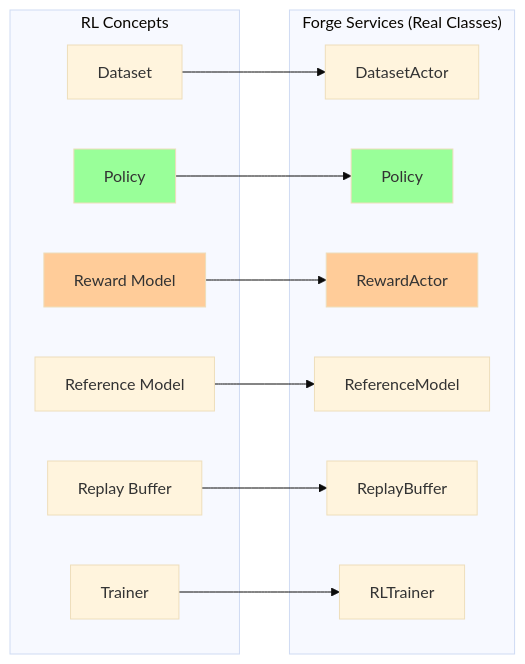
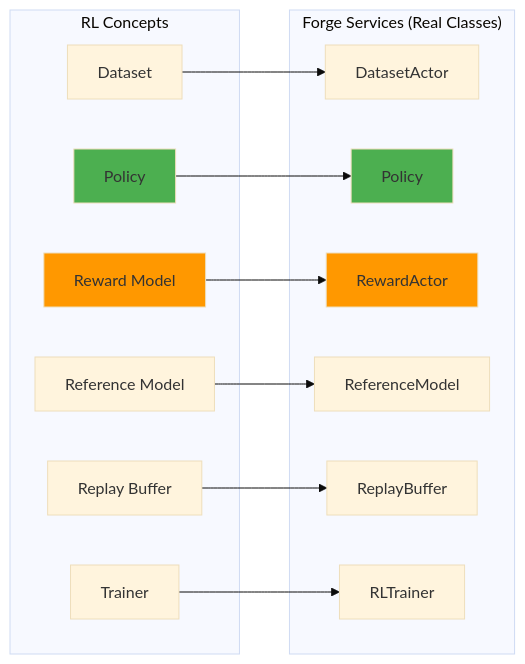
Before and after one commit to meta-pytorch/torchforge: the second of 4 diagrams in docs/Tutorials/1_RL_and_Forge_Fundamentals.MD, drawn with Mermaid (base theme). The commit also changed other lines of this file and 2 other files, not shown here.

````diff
--- a/docs/Tutorials/1_RL_and_Forge_Fundamentals.MD
+++ b/docs/Tutorials/1_RL_and_Forge_Fundamentals.MD
@@ -76,32 +76,32 @@
 ```mermaid
 graph LR
     subgraph Concepts["RL Concepts"]
         C1["Dataset"]
         C2["Policy"]
         C3["Reward Model"]
         C4["Reference Model"]
         C5["Replay Buffer"]
         C6["Trainer"]
     end
     
     subgraph Services["Forge Services (Real Classes)"]
         S1["DatasetActor"]
         S2["Policy"]
         S3["RewardActor"]
         S4["ReferenceModel"]
         S5["ReplayBuffer"]
         S6["RLTrainer"]
     end
     
     C1 --> S1
     C2 --> S2
     C3 --> S3
     C4 --> S4
     C5 --> S5
     C6 --> S6
     
-    style C2 fill:#99ff99
-    style S2 fill:#99ff99
-    style C3 fill:#ffcc99
-    style S3 fill:#ffcc99
+    style C2 fill:#4CAF50
+    style S2 fill:#4CAF50
+    style C3 fill:#FF9800
+    style S3 fill:#FF9800
 ```
````
